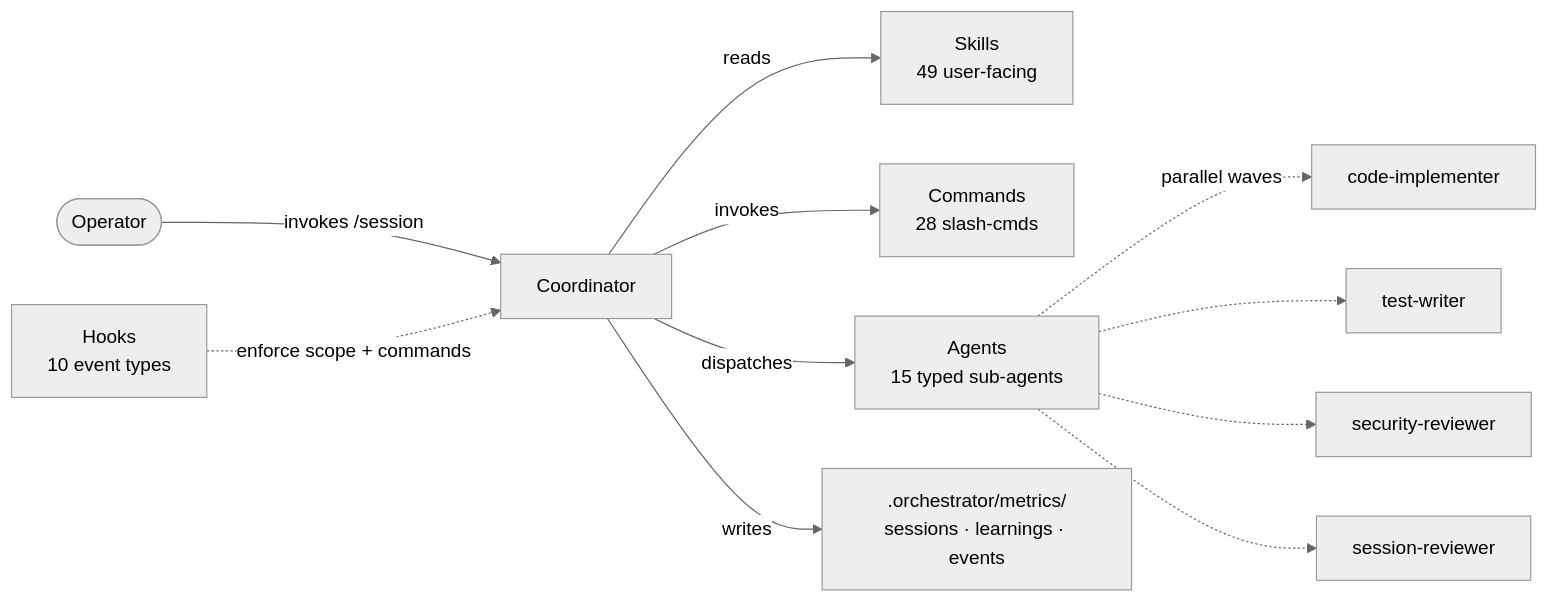
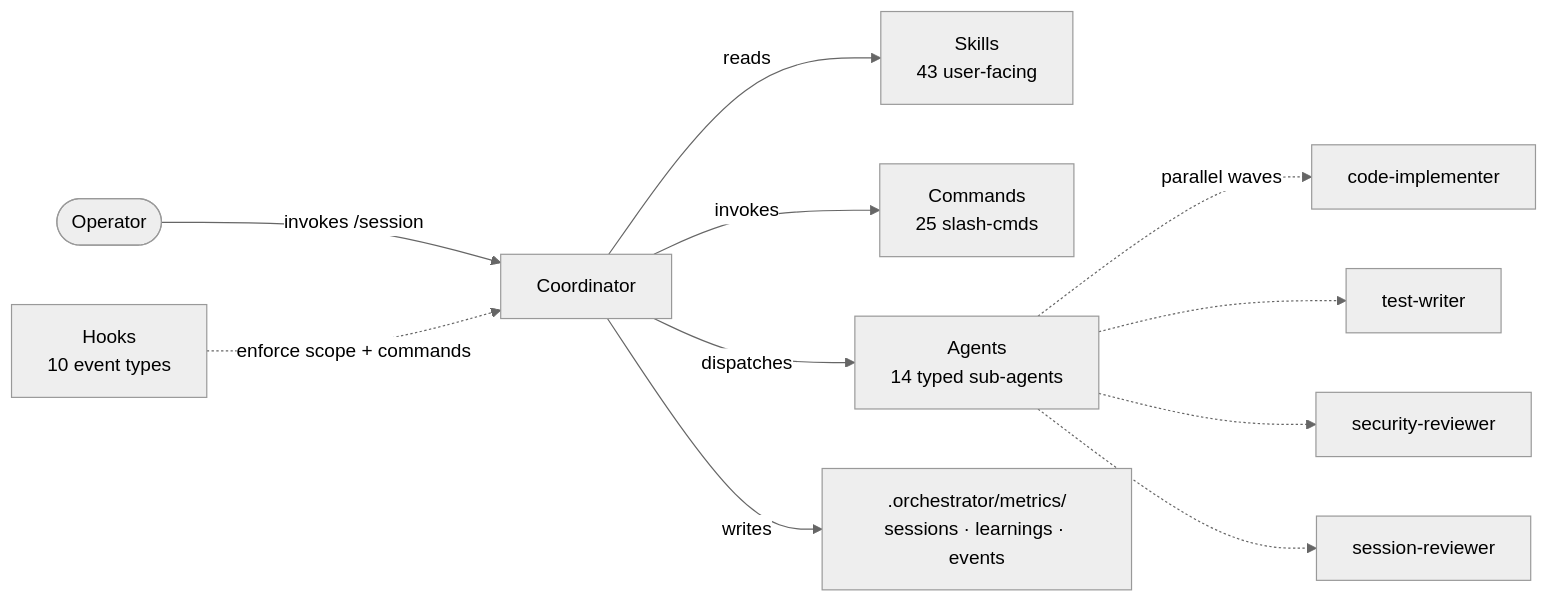
Before and after one commit to Kanevry/session-orchestrator: the diagram in docs/components.md, drawn with Mermaid (neutral theme). The commit also changed other lines of this file and 355 other files, not shown here.

````diff
--- a/docs/components.md
+++ b/docs/components.md
@@ -7,13 +7,13 @@
 ```mermaid
 flowchart LR
     USER([Operator]) -->|invokes /session| COORD[Coordinator]
-    COORD -->|reads| SK[Skills<br/>49 user-facing]
-    COORD -->|invokes| CMD[Commands<br/>28 slash-cmds]
-    COORD -->|dispatches| AG[Agents<br/>15 typed sub-agents]
+    COORD -->|reads| SK[Skills<br/>43 user-facing]
+    COORD -->|invokes| CMD[Commands<br/>25 slash-cmds]
+    COORD -->|dispatches| AG[Agents<br/>14 typed sub-agents]
     AG -.->|parallel waves| W1[code-implementer]
     AG -.-> W2[test-writer]
     AG -.-> W3[security-reviewer]
     AG -.-> W4[session-reviewer]
     HOOK[Hooks<br/>10 event types] -.->|enforce scope + commands| COORD
     COORD -->|writes| METRIC[.orchestrator/metrics/<br/>sessions · learnings · events]
 ```
````
